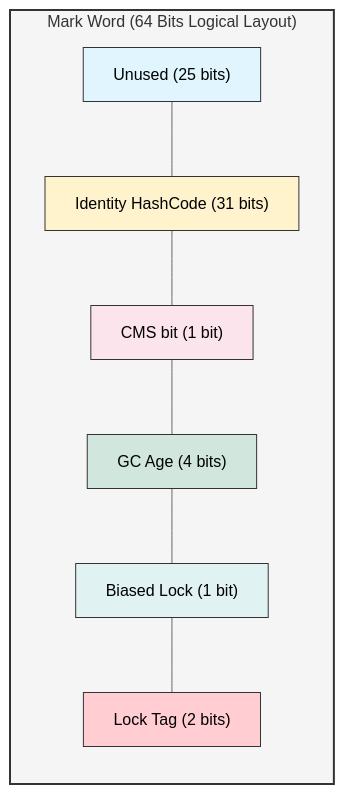
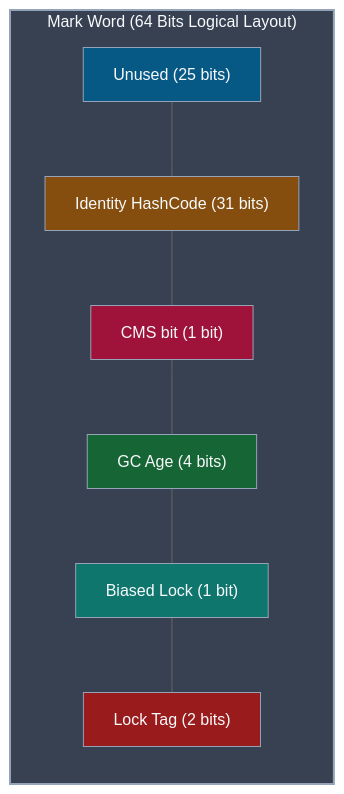
One commit to Kang-Hyesung/kang-hyesung.github.io changed the second of 3 diagrams in _posts/java/08-gc/2026-01-20-객체-메모리-레이아웃과-해시코드.md. Above: the diagram before and after it, drawn with Mermaid (neutral theme). The commit also changed other lines of this file and 74 other files, not shown here.

Commit message:
docs: update post visibility and mermaid colors

````diff
--- a/_posts/java/08-gc/2026-01-20-객체-메모리-레이아웃과-해시코드.md
+++ b/_posts/java/08-gc/2026-01-20-객체-메모리-레이아웃과-해시코드.md
@@ -55,30 +55,30 @@
 ```mermaid
 graph TD
     subgraph MarkWord ["Mark Word (64 Bits Logical Layout)"]
         direction TB
         
         A["Unused (25 bits)"]
         B["Identity HashCode (31 bits)"]
         C["CMS bit (1 bit)"]
         D["GC Age (4 bits)"]
         E["Biased Lock (1 bit)"]
         F["Lock Tag (2 bits)"]
         
         %% 순서 배치
         A --- B
         B --- C
         C --- D
         D --- E
         E --- F
     end
 
     %% 스타일 정의 (파스텔 톤)
-    style MarkWord fill:#f5f5f5,stroke:#333,stroke-width:2px
-    style A fill:#e1f5fe,stroke:#333
-    style B fill:#fff3cd,stroke:#333
-    style C fill:#fce4ec,stroke:#333
-    style D fill:#d1e7dd,stroke:#333
-    style E fill:#e0f2f1,stroke:#333
-    style F fill:#ffcdd2,stroke:#333
+    style MarkWord fill:#374151,stroke:#94a3b8,stroke-width:2px,color:#f8fafc
+    style A fill:#075985,stroke:#94a3b8,color:#f8fafc
+    style B fill:#854d0e,stroke:#94a3b8,color:#f8fafc
+    style C fill:#9f1239,stroke:#94a3b8,color:#f8fafc
+    style D fill:#166534,stroke:#94a3b8,color:#f8fafc
+    style E fill:#0f766e,stroke:#94a3b8,color:#f8fafc
+    style F fill:#991b1b,stroke:#94a3b8,color:#f8fafc
 
 ```
````
